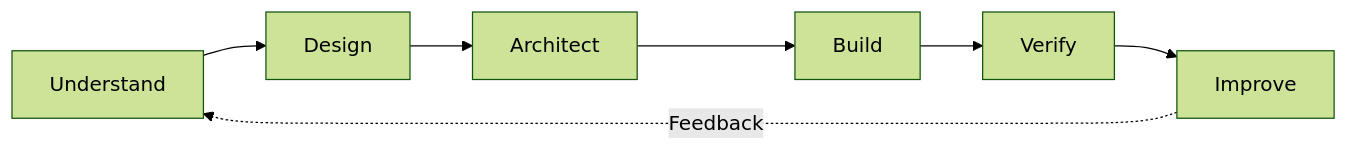
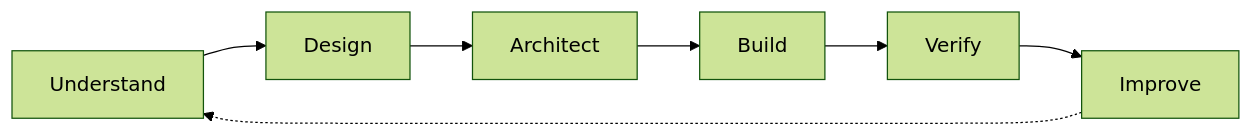
One commit to mahamirmh/mahamirmh changed the diagram in README.md. Above: the diagram before and after it, drawn with Mermaid (forest theme).

Commit message:
fix(profile): keep Mermaid feedback loop compatible with GitHub renderer

````diff
--- a/README.md
+++ b/README.md
@@ -79,9 +79,9 @@
 ```mermaid
 flowchart LR
     A["Understand"] --> B["Design"]
     B --> C["Architect"]
     C --> D["Build"]
     D --> E["Verify"]
     E --> F["Improve"]
-    F -. "Feedback" .-> A
+    F -.-> A
 ```
````
